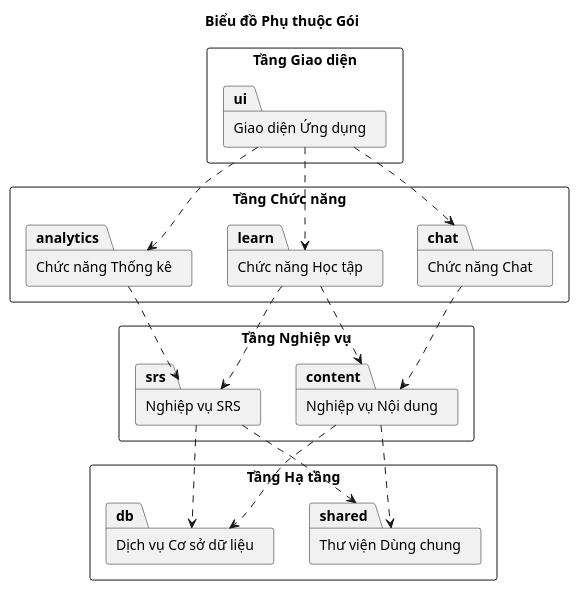
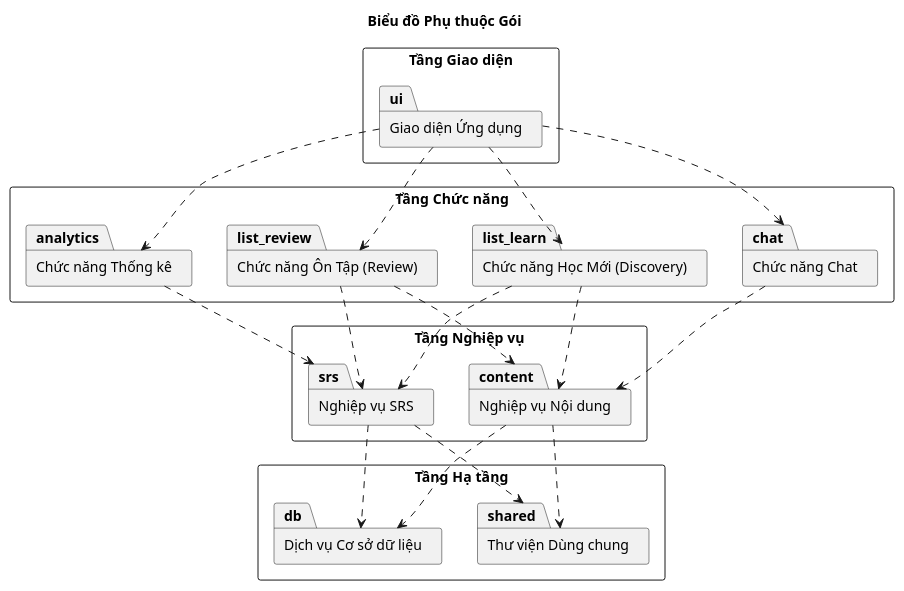
Before and after one commit to anhtranguyen-github/Hanachan: the diagram in docs/uml-package/package-diagram.md, drawn with PlantUML. The commit also changed 20 other files, not shown here.

First line of the commit message:
docs(arch): update ER and package diagrams for Hanachan v2

````diff
--- a/docs/uml-package/package-diagram.md
+++ b/docs/uml-package/package-diagram.md
@@ -3,47 +3,53 @@
 ```plantuml
 @startuml
 title Biểu đồ Phụ thuộc Gói
 skinparam packageStyle rectangle
 skinparam shadowing false
 hide circle
 
 ' Định nghĩa các tầng (Layers)
 package "Tầng Giao diện" as L1 {
     package "Giao diện Ứng dụng" as ui
 }
 
 package "Tầng Chức năng" as L2 {
-    package "Chức năng Học tập" as learn
+    package "Chức năng Học Mới (Discovery)" as list_learn
+    package "Chức năng Ôn Tập (Review)" as list_review
     package "Chức năng Chat" as chat
     package "Chức năng Thống kê" as analytics
 }
 
 package "Tầng Nghiệp vụ" as L3 {
     package "Nghiệp vụ SRS" as srs
     package "Nghiệp vụ Nội dung" as content
 }
 
 package "Tầng Hạ tầng" as L4 {
     package "Thư viện Dùng chung" as shared
     package "Dịch vụ Cơ sở dữ liệu" as db
 }
 
 ' Mối quan hệ phụ thuộc (Dependency)
 ' Tuân thủ quy tắc: Tầng trên phụ thuộc tầng dưới, không nhảy tầng, không phụ thuộc ngang.
 
-ui ..> learn
+ui ..> list_learn
+ui ..> list_review
 ui ..> chat
 ui ..> analytics
 
-learn ..> srs
-learn ..> content
+list_learn ..> content
+list_learn ..> srs
+
+list_review ..> srs
+list_review ..> content
+
 chat ..> content
 analytics ..> srs
 
 srs ..> shared
 content ..> shared
 srs ..> db
 content ..> db
 
 @enduml
 ```
````
